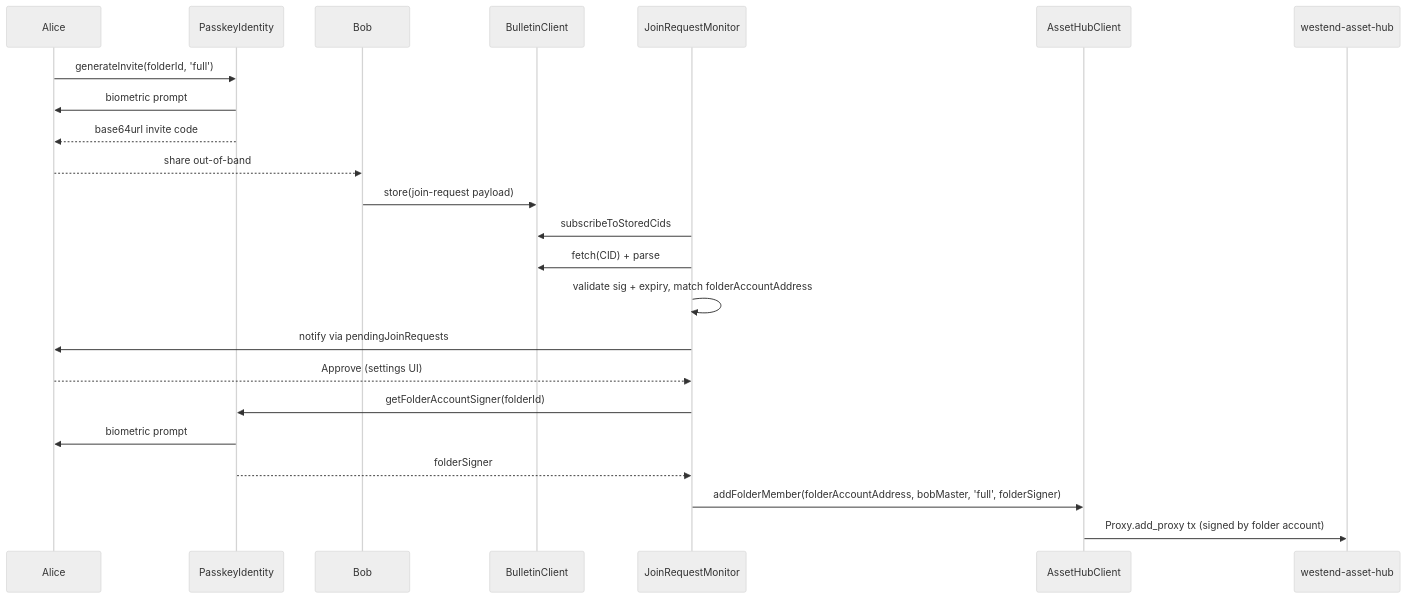
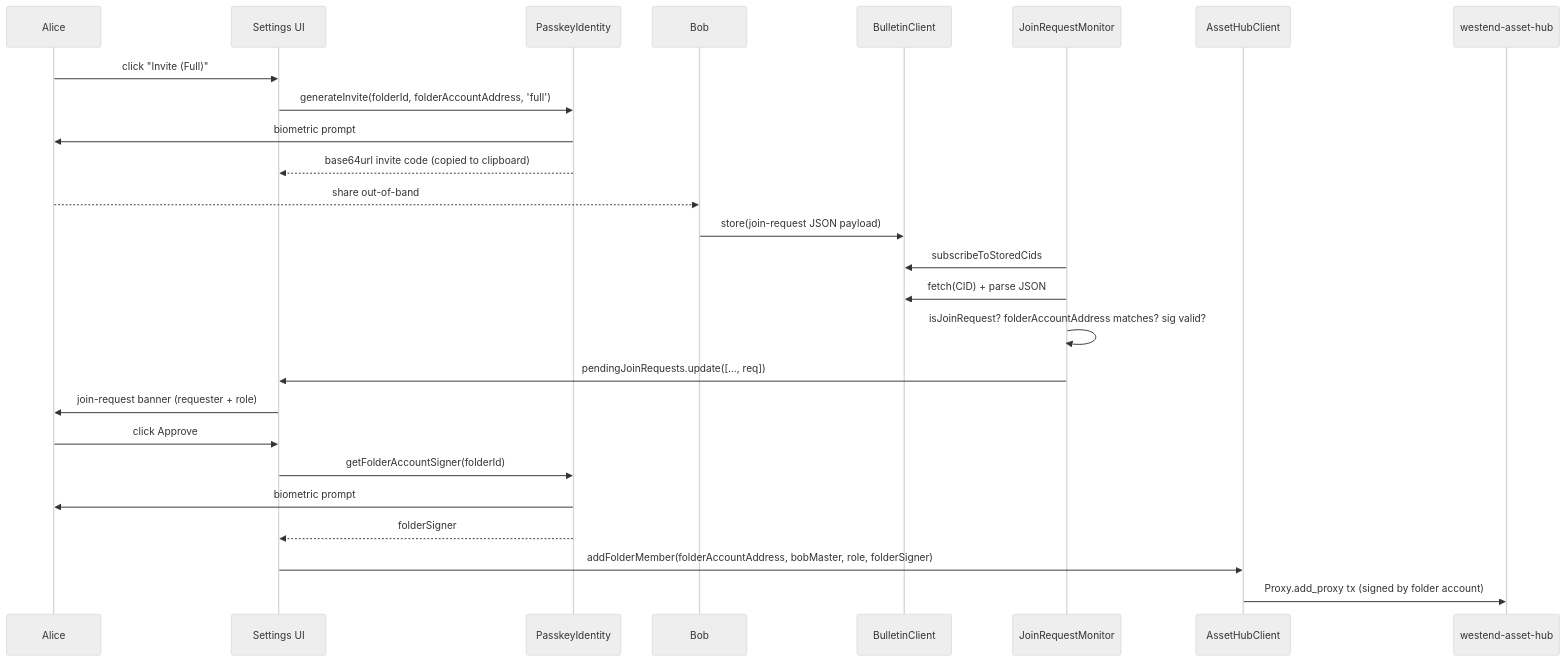
Before and after one commit to luzanikita/decentralized-relay: the eighth of 8 diagrams in README.md, drawn with Mermaid (neutral theme). The commit also changed other lines of this file, not shown here.

Commit message:
docs: mark Phase 6 done; add file table, fix diagrams and test count

````diff
--- a/README.md
+++ b/README.md
@@ -540,27 +560,30 @@
 ```mermaid
 sequenceDiagram
     participant Alice
+    participant UI as Settings UI
     participant PI as PasskeyIdentity
     participant Bob
     participant BC as BulletinClient
     participant JRM as JoinRequestMonitor
     participant AH as AssetHubClient
     participant AHC as westend-asset-hub
 
-    Alice->>PI: generateInvite(folderId, 'full')
+    Alice->>UI: click "Invite (Full)"
+    UI->>PI: generateInvite(folderId, folderAccountAddress, 'full')
     PI->>Alice: biometric prompt
-    PI-->>Alice: base64url invite code
+    PI-->>UI: base64url invite code (copied to clipboard)
     Alice-->>Bob: share out-of-band
 
-    Bob->>BC: store(join-request payload)
+    Bob->>BC: store(join-request JSON payload)
     JRM->>BC: subscribeToStoredCids
-    JRM->>BC: fetch(CID) + parse
-    JRM->>JRM: validate sig + expiry, match folderAccountAddress
-    JRM->>Alice: notify via pendingJoinRequests
-    Alice-->>JRM: Approve (settings UI)
-    JRM->>PI: getFolderAccountSigner(folderId)
+    JRM->>BC: fetch(CID) + parse JSON
+    JRM->>JRM: isJoinRequest? folderAccountAddress matches? sig valid?
+    JRM->>UI: pendingJoinRequests.update([…, req])
+    UI->>Alice: join-request banner (requester + role)
+    Alice->>UI: click Approve
+    UI->>PI: getFolderAccountSigner(folderId)
     PI->>Alice: biometric prompt
-    PI-->>JRM: folderSigner
-    JRM->>AH: addFolderMember(folderAccountAddress, bobMaster, 'full', folderSigner)
+    PI-->>UI: folderSigner
+    UI->>AH: addFolderMember(folderAccountAddress, bobMaster, role, folderSigner)
     AH->>AHC: Proxy.add_proxy tx (signed by folder account)
 ```
````
